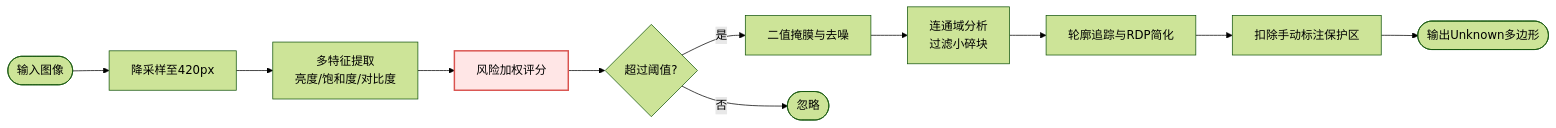
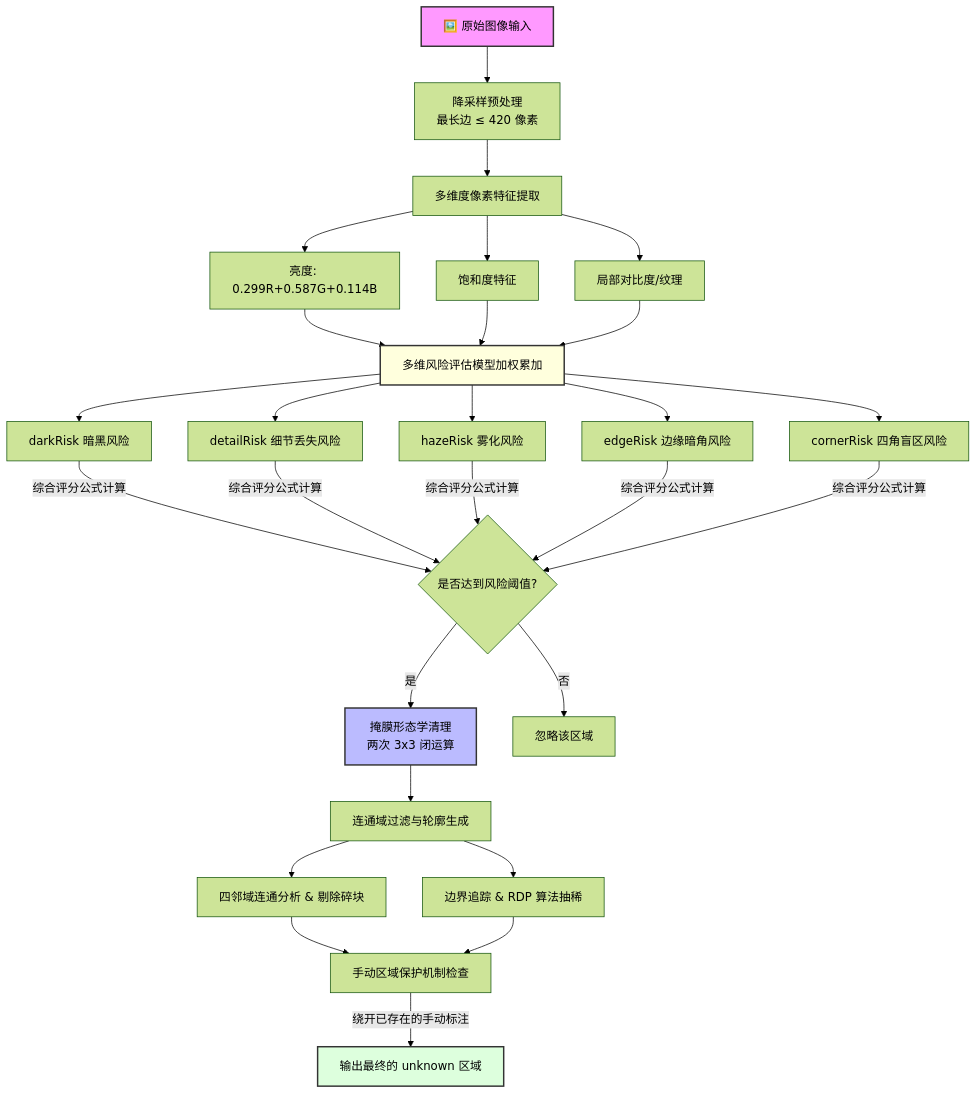
Before and after one commit to Kan9C00L/water-gauge-annotator: the second of 2 diagrams in README.md, drawn with Mermaid (forest theme). The commit also changed other lines of this file, not shown here.

````diff
--- a/README.md
+++ b/README.md
@@ -20,15 +34,34 @@
 ```mermaid
-flowchart LR
-    A([输入图像]) --> B[降采样至420px]
-    B --> C[多特征提取\n亮度/饱和度/对比度]
-    C --> D[风险加权评分]
-    D --> E{超过阈值?}
-    E -- 是 --> F[二值掩膜与去噪]
-    E -- 否 --> G([忽略])
-    F --> H[连通域分析\n过滤小碎块]
-    H --> I[轮廓追踪与RDP简化]
-    I --> J[扣除手动标注保护区]
-    J --> K([输出Unknown多边形])
+graph TD
+    A[🖼️ 原始图像输入] --> B[降采样预处理<br/>最长边 ≤ 420 像素]
     
-    style D fill:#ffe6e6,stroke:#d9534f,stroke-width:2px
+    B --> C[多维度像素特征提取]
+    C --> C1[亮度: 0.299R+0.587G+0.114B]
+    C --> C2[饱和度特征]
+    C --> C3[局部对比度/纹理]
+    
+    C1 & C2 & C3 --> D[多维风险评估模型加权累加]
+    
+    D --> D1[darkRisk 暗黑风险]
+    D --> D2[detailRisk 细节丢失风险]
+    D --> D3[hazeRisk 雾化风险]
+    D --> D4[edgeRisk 边缘暗角风险]
+    D --> D5[cornerRisk 四角盲区风险]
+    
+    D1 & D2 & D3 & D4 & D5 -->|综合评分公式计算| E{是否达到风险阈值?}
+    
+    E -->|是| F[掩膜形态学清理<br/>两次 3x3 闭运算]
+    E -->|否| J[忽略该区域]
+    
+    F --> G[连通域过滤与轮廓生成]
+    G --> G1[四邻域连通分析 & 剔除碎块]
+    G --> G2[边界追踪 & RDP 算法抽稀]
+    
+    G1 & G2 --> H[手动区域保护机制检查]
+    H -->|绕开已存在的手动标注| I[输出最终的 unknown 区域]
+    
+    style A fill:#f9f,stroke:#333,stroke-width:2px
+    style D fill:#ffd,stroke:#333,stroke-width:2px
+    style F fill:#bbf,stroke:#333,stroke-width:2px
+    style I fill:#dfd,stroke:#333,stroke-width:2px
 ```
````
